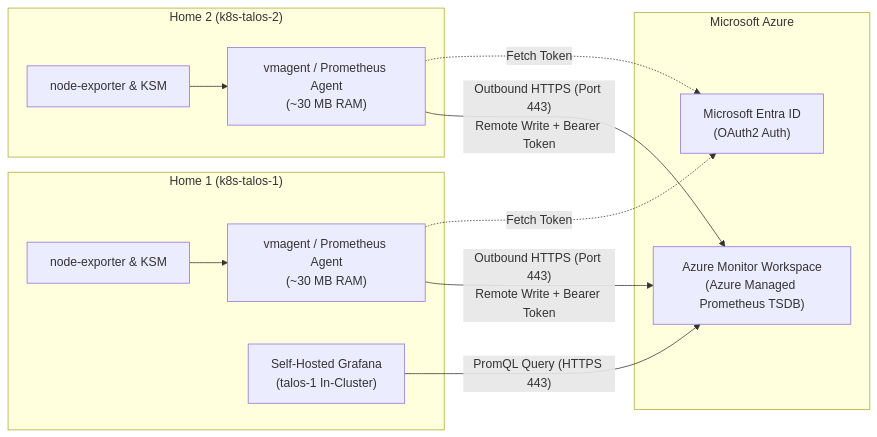
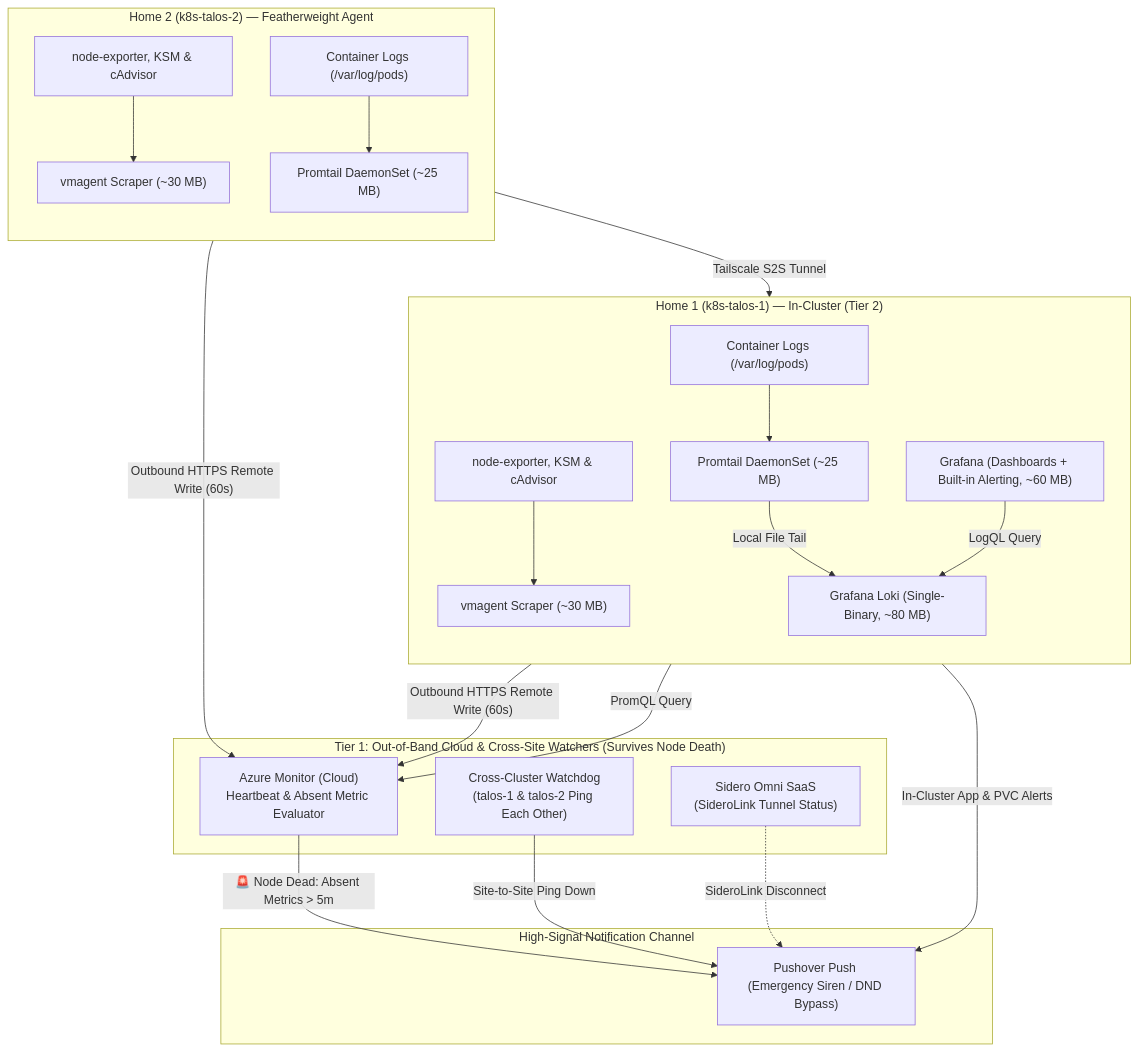
The second of 3 diagrams in K8s/PLAN.md (GabrielJean/HomeLab), drawn with Mermaid before and after one commit. The commit also changed other lines of this file, not shown here.

````diff
--- a/K8s/PLAN.md
+++ b/K8s/PLAN.md
@@ -256,22 +279,46 @@
 ```mermaid
-flowchart LR
-    subgraph Home_1["Home 1 (k8s-talos-1)"]
-        EX_1["node-exporter & KSM"] --> AGENT_1["vmagent / Prometheus Agent<br/>(~30 MB RAM)"]
-        GRAFANA["Self-Hosted Grafana<br/>(talos-1 In-Cluster)"]
+flowchart TD
+    subgraph FailSafe_Tier1["Tier 1: Out-of-Band Cloud & Cross-Site Watchers (Survives Node Death)"]
+        AZ_MON["Azure Monitor (Cloud)<br/>Heartbeat & Absent Metric Evaluator"]
+        CROSS_WATCH["Cross-Cluster Watchdog<br/>(talos-1 & talos-2 Ping Each Other)"]
+        OMNI_SAAS["Sidero Omni SaaS<br/>(SideroLink Tunnel Status)"]
     end
 
-    subgraph Home_2["Home 2 (k8s-talos-2)"]
-        EX_2["node-exporter & KSM"] --> AGENT_2["vmagent / Prometheus Agent<br/>(~30 MB RAM)"]
+    subgraph Home_1["Home 1 (k8s-talos-1) — In-Cluster (Tier 2)"]
+        direction TB
+        EX_1["node-exporter, KSM & cAdvisor"] --> VMAGENT_1["vmagent Scraper (~30 MB)"]
+        LOGS_1["Container Logs (/var/log/pods)"] --> PROMTAIL_1["Promtail DaemonSet (~25 MB)"]
+        LOKI["Grafana Loki (Single-Binary, ~80 MB)"]
+        GRAFANA["Grafana (Dashboards + Built-in Alerting, ~60 MB)"]
     end
 
-    subgraph Azure_Cloud["Microsoft Azure"]
-        ENTRA["Microsoft Entra ID<br/>(OAuth2 Auth)"]
-        AZ_PROM["Azure Monitor Workspace<br/>(Azure Managed Prometheus TSDB)"]
+    subgraph Home_2["Home 2 (k8s-talos-2) — Featherweight Agent"]
+        direction TB
+        EX_2["node-exporter, KSM & cAdvisor"] --> VMAGENT_2["vmagent Scraper (~30 MB)"]
+        LOGS_2["Container Logs (/var/log/pods)"] --> PROMTAIL_2["Promtail DaemonSet (~25 MB)"]
     end
 
-    AGENT_1 -- "Outbound HTTPS (Port 443)<br/>Remote Write + Bearer Token" --> AZ_PROM
-    AGENT_2 -- "Outbound HTTPS (Port 443)<br/>Remote Write + Bearer Token" --> AZ_PROM
-    AGENT_1 -. "Fetch Token" .-> ENTRA
-    AGENT_2 -. "Fetch Token" .-> ENTRA
-    GRAFANA -- "PromQL Query (HTTPS 443)" --> AZ_PROM
+    subgraph Notifications["High-Signal Notification Channel"]
+        PUSHOVER["Pushover Push (Emergency Siren / DND Bypass)"]
+    end
+
+    %% Metrics Flow
+    VMAGENT_1 -- "Outbound HTTPS Remote Write (60s)" --> AZ_MON
+    VMAGENT_2 -- "Outbound HTTPS Remote Write (60s)" --> AZ_MON
+
+    %% Logs Flow
+    PROMTAIL_1 -- "Local File Tail" --> LOKI
+    PROMTAIL_2 -- "Tailscale S2S Tunnel" --> LOKI
+
+    %% Tier 1 Out-of-Band Alerting (Node Dead)
+    AZ_MON -- "🚨 Node Dead: Absent Metrics > 5m" --> PUSHOVER
+    CROSS_WATCH -- "Site-to-Site Ping Down" --> PUSHOVER
+    OMNI_SAAS -. "SideroLink Disconnect" .-> PUSHOVER
+
+    %% Tier 2 In-Cluster Alerting (Workload Health)
+    GRAFANA -- "In-Cluster App & PVC Alerts" --> PUSHOVER
+
+    %% Visualization
+    GRAFANA -- "PromQL Query" --> AZ_MON
+    GRAFANA -- "LogQL Query" --> LOKI
 ```
````
